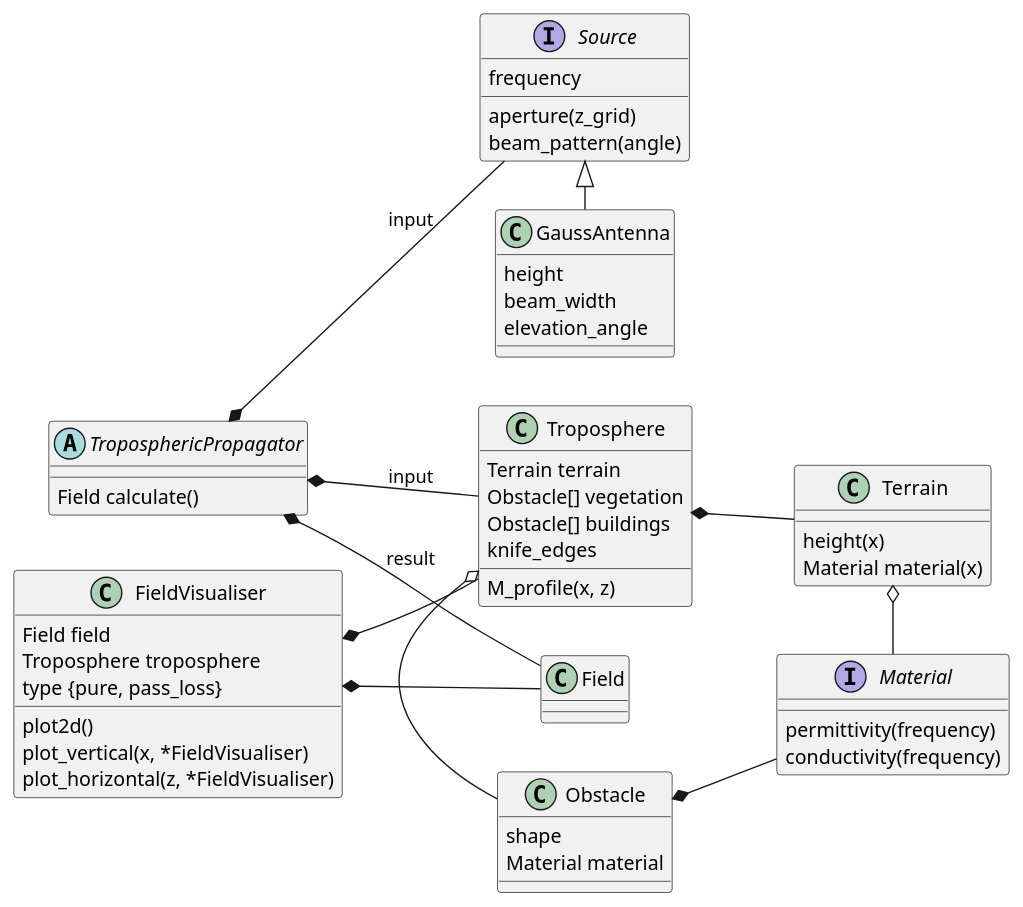
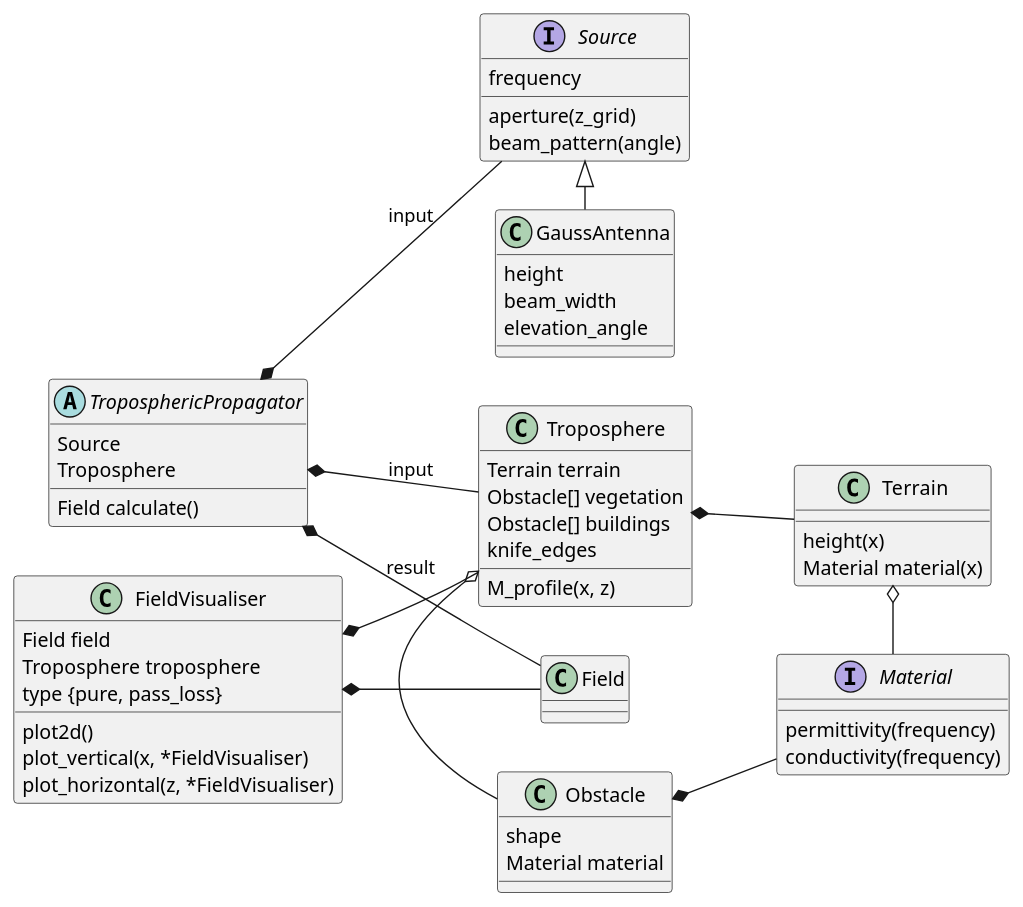
The diagram in examples/phd_thesis/wpclassdiag.puml (mikelytaev/wave-propagation), drawn with PlantUML before and after one commit. The commit also changed 3 other files, not shown here.

Commit message:
uml diagrams fixes; elevated duct example fix

```diff
--- a/examples/phd_thesis/wpclassdiag.puml
+++ b/examples/phd_thesis/wpclassdiag.puml
@@ -1,72 +1,74 @@
 @startuml
 left to right direction
 
 Source <|- GaussAntenna
 
 interface Material {
 permittivity(frequency)
 conductivity(frequency)
 }
 
 interface Source {
 frequency
 aperture(z_grid)
 beam_pattern(angle)
 }
 
 class GaussAntenna {
 height
 beam_width
 elevation_angle
 }
 
 class Troposphere {
 M_profile(x, z)
 Terrain terrain
 Obstacle[] vegetation
 Obstacle[] buildings
 knife_edges
 }
 
 Troposphere *-- Terrain
 Troposphere o- Obstacle
 
 class Terrain {
 height(x)
 Material material(x)
 }
 
 class Obstacle {
 shape
 Material material
 }
 
 Obstacle *-- Material
 Terrain o- Material
 
 class Field {
 
 }
 
 class FieldVisualiser {
 Field field
 Troposphere troposphere
 type {pure, pass_loss}
 plot2d()
 plot_vertical(x, *FieldVisualiser)
 plot_horizontal(z, *FieldVisualiser)
 }
 
 abstract class TroposphericPropagator {
+Source
+Troposphere
 Field calculate()
 }
 
 TroposphericPropagator *-- Source : input
 TroposphericPropagator *-- Troposphere : input
 TroposphericPropagator *-- Field : result
 
 FieldVisualiser *-- Field
 FieldVisualiser *-- Troposphere
 
 
 @enduml
```
